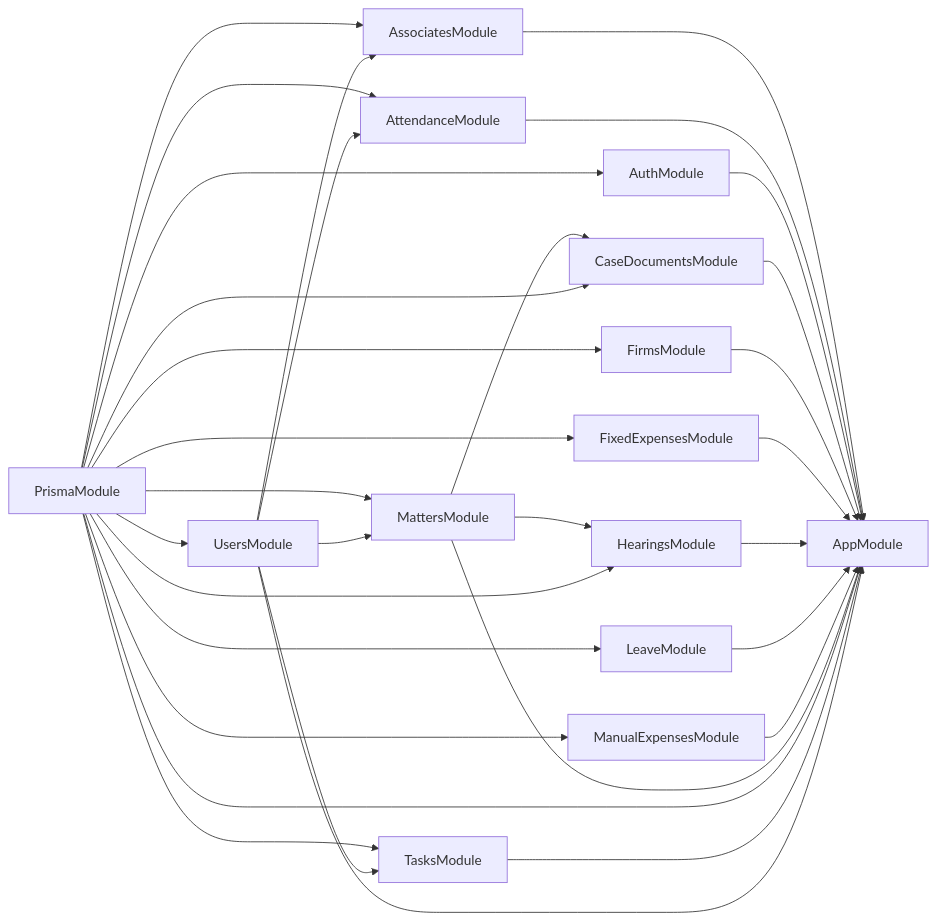
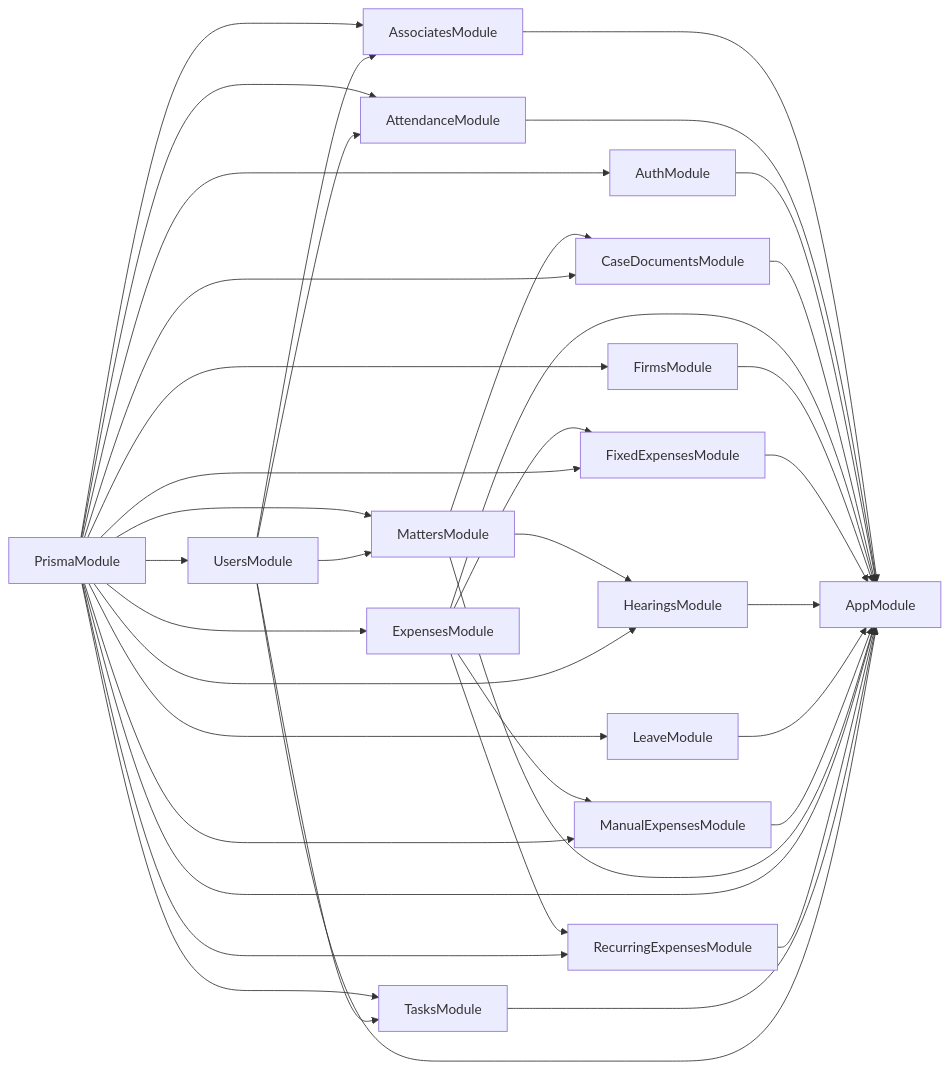
Before and after one commit to zas512/LGA: the diagram in apps/api/deps.mermaid, drawn with Mermaid. The commit also changed 35 other files, not shown here.

Commit message:
feat: implement expenses module and build out core dashboard UI components including header and attendance tracking

```diff
--- a/apps/api/deps.mermaid
+++ b/apps/api/deps.mermaid
@@ -1,32 +1,39 @@
 graph LR
   AssociatesModule --> AppModule
   AttendanceModule --> AppModule
   AuthModule --> AppModule
   CaseDocumentsModule --> AppModule
+  ExpensesModule --> AppModule
+  ExpensesModule --> FixedExpensesModule
+  ExpensesModule --> ManualExpensesModule
+  ExpensesModule --> RecurringExpensesModule
   FirmsModule --> AppModule
   FixedExpensesModule --> AppModule
   HearingsModule --> AppModule
   LeaveModule --> AppModule
   ManualExpensesModule --> AppModule
   MattersModule --> AppModule
   MattersModule --> CaseDocumentsModule
   MattersModule --> HearingsModule
   PrismaModule --> AppModule
   PrismaModule --> AssociatesModule
   PrismaModule --> AttendanceModule
   PrismaModule --> AuthModule
   PrismaModule --> CaseDocumentsModule
+  PrismaModule --> ExpensesModule
   PrismaModule --> FirmsModule
   PrismaModule --> FixedExpensesModule
   PrismaModule --> HearingsModule
   PrismaModule --> LeaveModule
   PrismaModule --> ManualExpensesModule
   PrismaModule --> MattersModule
+  PrismaModule --> RecurringExpensesModule
   PrismaModule --> TasksModule
   PrismaModule --> UsersModule
+  RecurringExpensesModule --> AppModule
   TasksModule --> AppModule
   UsersModule --> AppModule
   UsersModule --> AssociatesModule
   UsersModule --> AttendanceModule
   UsersModule --> MattersModule
   UsersModule --> TasksModule
```
